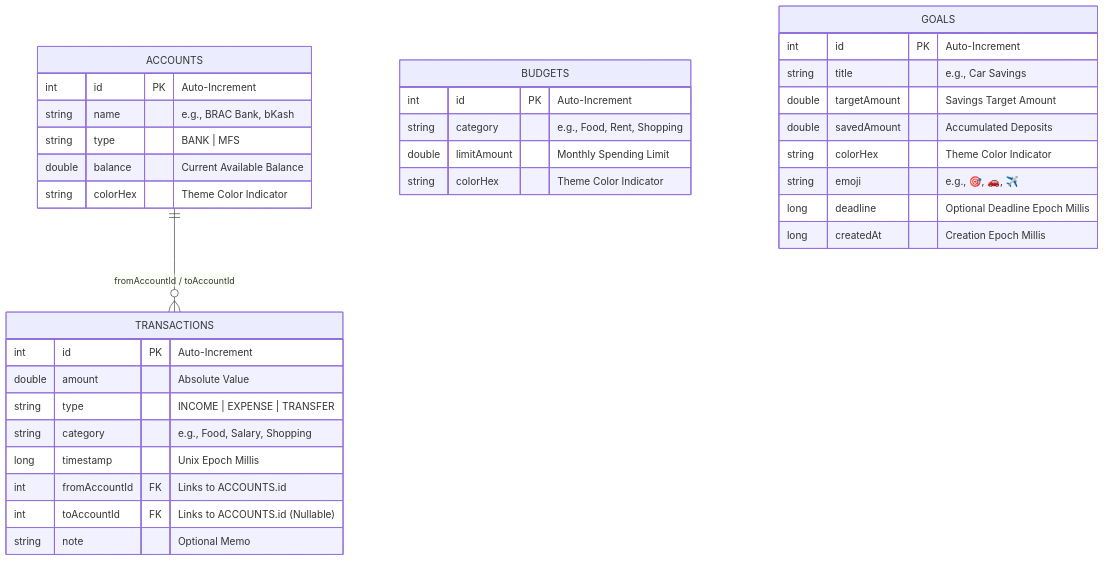
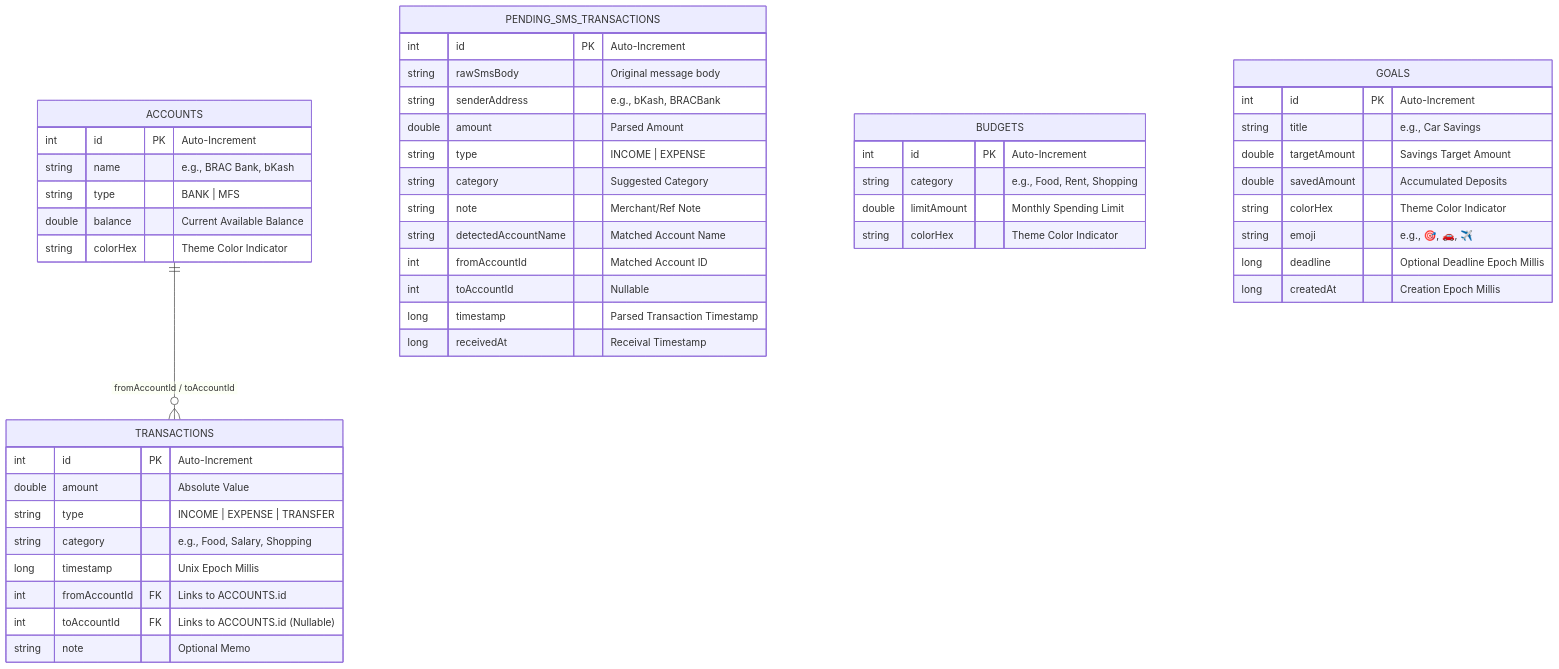
The diagram in README.md (shejanahmmed/personal-finance-manager-app), drawn with Mermaid before and after one commit. The commit also changed other lines of this file, not shown here.

Commit message:
docs: update README with logo alignment and SMS automation architecture

````diff
--- a/README.md
+++ b/README.md
@@ -70,37 +85,51 @@
 ```mermaid
 erDiagram
     ACCOUNTS {
         int id PK "Auto-Increment"
         string name "e.g., BRAC Bank, bKash"
         string type "BANK | MFS"
         double balance "Current Available Balance"
         string colorHex "Theme Color Indicator"
     }
     TRANSACTIONS {
         int id PK "Auto-Increment"
         double amount "Absolute Value"
         string type "INCOME | EXPENSE | TRANSFER"
         string category "e.g., Food, Salary, Shopping"
         long timestamp "Unix Epoch Millis"
         int fromAccountId FK "Links to ACCOUNTS.id"
         int toAccountId FK "Links to ACCOUNTS.id (Nullable)"
         string note "Optional Memo"
     }
+    PENDING_SMS_TRANSACTIONS {
+        int id PK "Auto-Increment"
+        string rawSmsBody "Original message body"
+        string senderAddress "e.g., bKash, BRACBank"
+        double amount "Parsed Amount"
+        string type "INCOME | EXPENSE"
+        string category "Suggested Category"
+        string note "Merchant/Ref Note"
+        string detectedAccountName "Matched Account Name"
+        int fromAccountId "Matched Account ID"
+        int toAccountId "Nullable"
+        long timestamp "Parsed Transaction Timestamp"
+        long receivedAt "Receival Timestamp"
+    }
     BUDGETS {
         int id PK "Auto-Increment"
         string category "e.g., Food, Rent, Shopping"
         double limitAmount "Monthly Spending Limit"
         string colorHex "Theme Color Indicator"
     }
     GOALS {
         int id PK "Auto-Increment"
         string title "e.g., Car Savings"
         double targetAmount "Savings Target Amount"
         double savedAmount "Accumulated Deposits"
         string colorHex "Theme Color Indicator"
         string emoji "e.g., 🎯, 🚗, ✈️"
         long deadline "Optional Deadline Epoch Millis"
         long createdAt "Creation Epoch Millis"
     }
     ACCOUNTS ||--o{ TRANSACTIONS : "fromAccountId / toAccountId"
 ```
````
